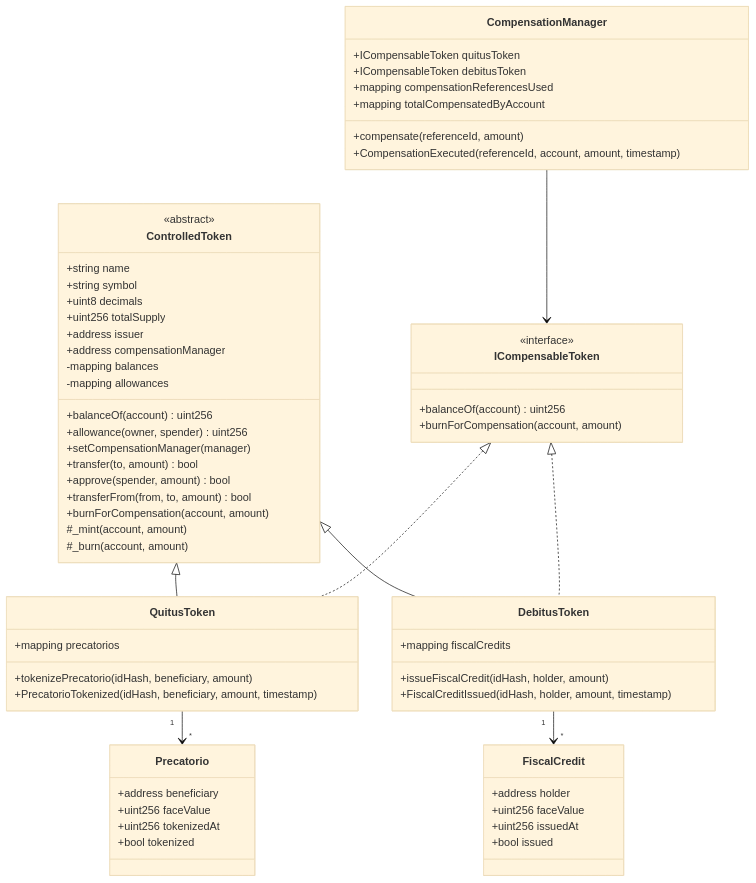
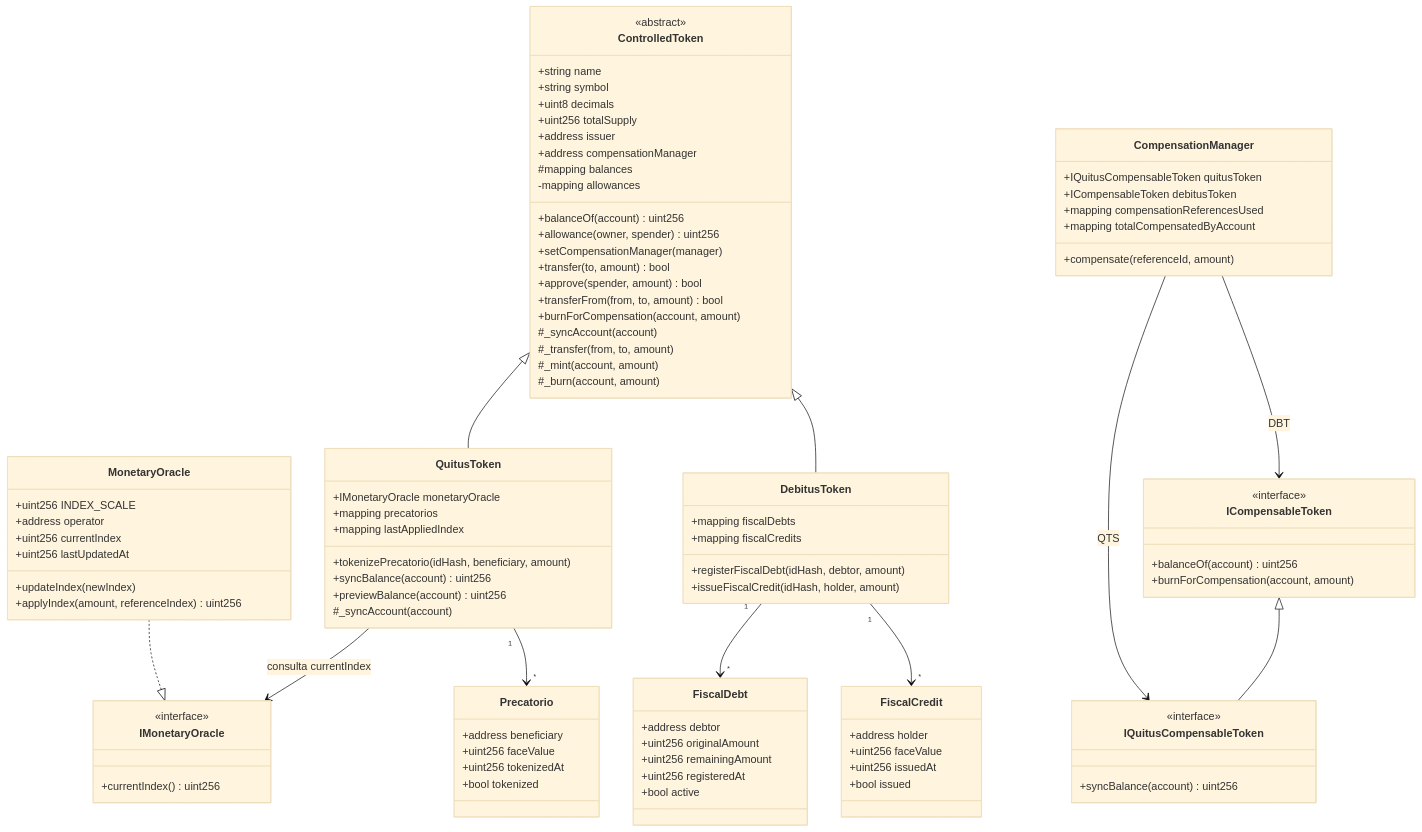
One commit to Victor-droid165/blockchain changed the diagram in Lab4/docs/contratos.md. Above: the diagram before and after it, drawn with Mermaid (base theme). The commit also changed other lines of this file and 4 other files, not shown here.

Commit message:
docs(lab4): sincroniza diagramas com implementacao atual

````diff
--- a/Lab4/docs/contratos.md
+++ b/Lab4/docs/contratos.md
@@ -10,7 +12,7 @@
         +uint256 totalSupply
         +address issuer
         +address compensationManager
-        -mapping balances
+        #mapping balances
         -mapping allowances
         +balanceOf(account) uint256
         +allowance(owner, spender) uint256
@@ -19,14 +21,34 @@
         +approve(spender, amount) bool
         +transferFrom(from, to, amount) bool
         +burnForCompensation(account, amount)
+        #_syncAccount(account)
+        #_transfer(from, to, amount)
         #_mint(account, amount)
         #_burn(account, amount)
     }
 
+    class MonetaryOracle {
+        +uint256 INDEX_SCALE
+        +address operator
+        +uint256 currentIndex
+        +uint256 lastUpdatedAt
+        +updateIndex(newIndex)
+        +applyIndex(amount, referenceIndex) uint256
+    }
+
+    class IMonetaryOracle {
+        <<interface>>
+        +currentIndex() uint256
+    }
+
     class QuitusToken {
+        +IMonetaryOracle monetaryOracle
         +mapping precatorios
+        +mapping lastAppliedIndex
         +tokenizePrecatorio(idHash, beneficiary, amount)
-        +PrecatorioTokenized(idHash, beneficiary, amount, timestamp)
+        +syncBalance(account) uint256
+        +previewBalance(account) uint256
+        #_syncAccount(account)
     }
 
     class Precatorio {
@@ -37,9 +59,18 @@
     }
 
     class DebitusToken {
+        +mapping fiscalDebts
         +mapping fiscalCredits
+        +registerFiscalDebt(idHash, debtor, amount)
         +issueFiscalCredit(idHash, holder, amount)
-        +FiscalCreditIssued(idHash, holder, amount, timestamp)
+    }
+
+    class FiscalDebt {
+        +address debtor
+        +uint256 originalAmount
+        +uint256 remainingAmount
+        +uint256 registeredAt
+        +bool active
     }
 
     class FiscalCredit {
@@ -50,12 +81,11 @@
     }
 
     class CompensationManager {
-        +ICompensableToken quitusToken
+        +IQuitusCompensableToken quitusToken
         +ICompensableToken debitusToken
         +mapping compensationReferencesUsed
         +mapping totalCompensatedByAccount
         +compensate(referenceId, amount)
-        +CompensationExecuted(referenceId, account, amount, timestamp)
     }
 
     class ICompensableToken {
@@ -64,11 +94,22 @@
         +burnForCompensation(account, amount)
     }
 
+    class IQuitusCompensableToken {
+        <<interface>>
+        +syncBalance(account) uint256
+    }
+
     ControlledToken <|-- QuitusToken
     ControlledToken <|-- DebitusToken
+
+    QuitusToken --> IMonetaryOracle : consulta currentIndex
+    MonetaryOracle ..|> IMonetaryOracle
+
     QuitusToken "1" --> "*" Precatorio
+    DebitusToken "1" --> "*" FiscalDebt
     DebitusToken "1" --> "*" FiscalCredit
-    CompensationManager --> ICompensableToken
-    ICompensableToken <|.. QuitusToken
-    ICompensableToken <|.. DebitusToken
+
+    ICompensableToken <|-- IQuitusCompensableToken
+    CompensationManager --> IQuitusCompensableToken : QTS
+    CompensationManager --> ICompensableToken : DBT
 ```
````
